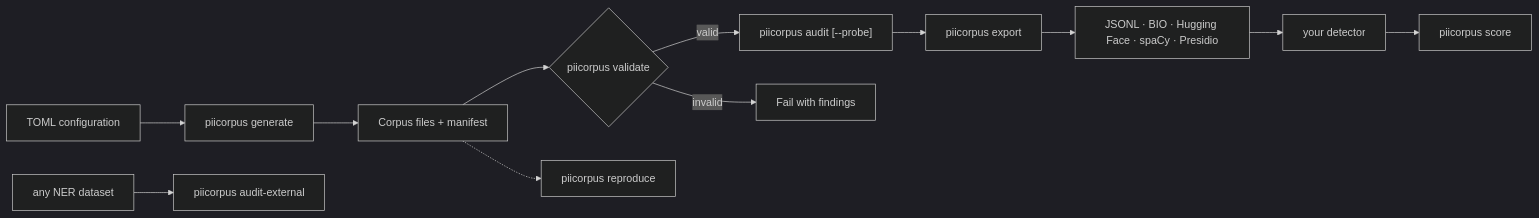
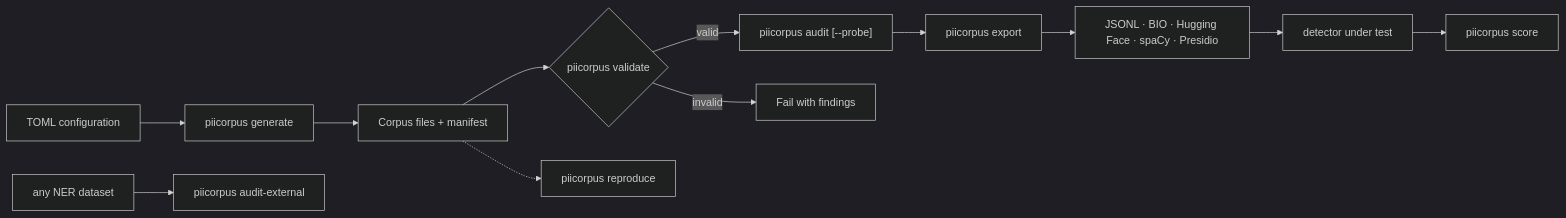
Before and after one commit to rasam08/PIIcorpus: the diagram in README.md, drawn with Mermaid (dark theme). The commit also changed other lines of this file and 9 other files, not shown here.

````diff
--- a/README.md
+++ b/README.md
@@ -25,14 +25,14 @@
 ```mermaid
 flowchart LR
     A["TOML configuration"] --> B["piicorpus generate"]
     B --> C["Corpus files + manifest"]
     C --> D{"piicorpus validate"}
     D -->|"valid"| E["piicorpus audit [--probe]"]
     D -->|"invalid"| X["Fail with findings"]
     E --> F["piicorpus export"]
     F --> G["JSONL · BIO · Hugging Face · spaCy · Presidio"]
-    G --> H["your detector"]
+    G --> H["detector under test"]
     H --> I["piicorpus score"]
     C -.-> R["piicorpus reproduce"]
     J["any NER dataset"] --> K["piicorpus audit-external"]
 ```
````
